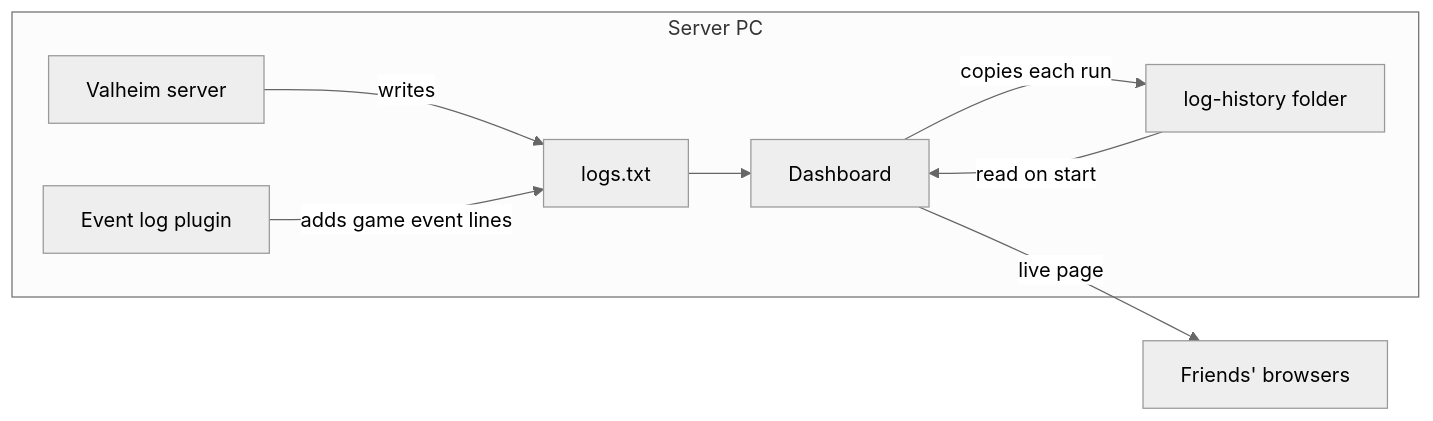
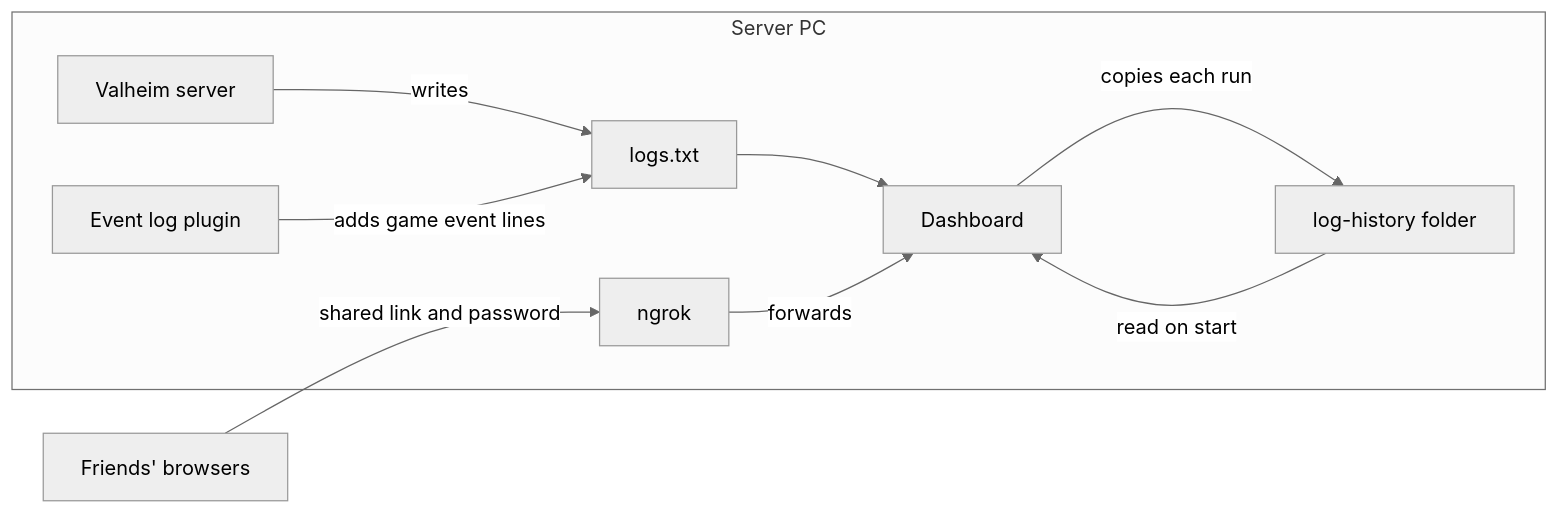
The first of 9 diagrams in docs/architecture.md (cristiadu/valheim-dashboard), drawn with Mermaid (neutral theme) before and after one commit. The commit also changed other lines of this file and 13 other files, not shown here.

Commit message:
Share the dashboard with friends through ngrok, behind a password

````diff
--- a/docs/architecture.md
+++ b/docs/architecture.md
@@ -6,11 +6,12 @@
 ```mermaid
 flowchart LR
   subgraph pc[Server PC]
     game[Valheim server] -->|writes| log[logs.txt]
     plugin[Event log plugin] -->|adds game event lines| log
     log --> dash[Dashboard]
     dash -->|copies each run| hist[log-history folder]
     hist -->|read on start| dash
+    ngrok[ngrok] -->|forwards| dash
   end
-  dash -->|live page| friends[Friends' browsers]
+  friends[Friends' browsers] -->|shared link and password| ngrok
 ```
````
